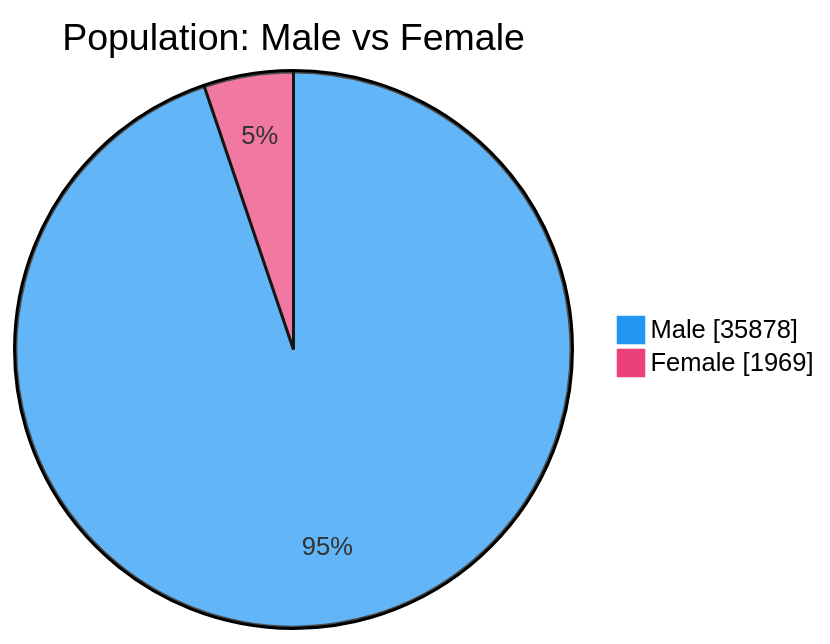
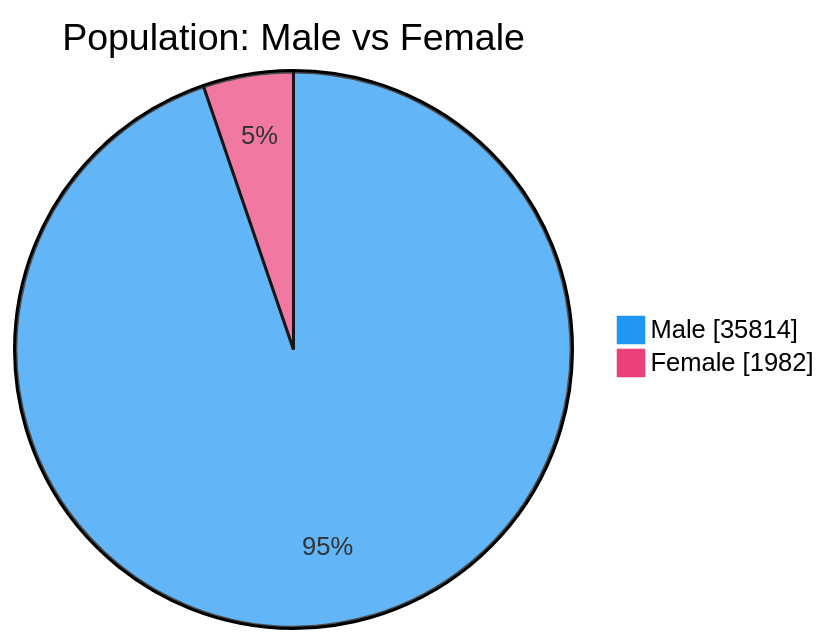
Before and after one commit to nuuuwan/lk_prisons: the second of 7 diagrams in README.md, drawn with Mermaid. The commit also changed other lines of this file and 1 other file, not shown here.

````diff
--- a/README.md
+++ b/README.md
@@ -54,6 +54,6 @@
 ```mermaid
 %%{init: {'themeVariables': {'pie1': '#2196F3', 'pie2': '#EC407A'}}}%%
 pie showData title Population: Male vs Female
-    "Male" : 35878
-    "Female" : 1969
+    "Male" : 35814
+    "Female" : 1982
 ```
````
